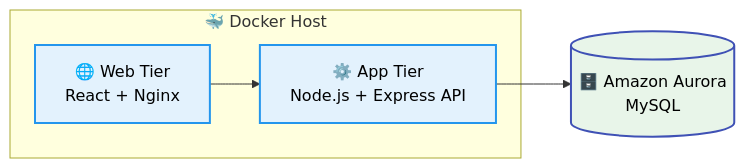
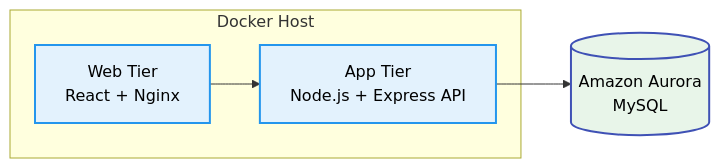
One commit to 15Vaibhavparte/3Tier-app-Capstone1 changed the first of 6 diagrams in README.md. Above: the diagram before and after it, drawn with Mermaid. The commit also changed other lines of this file, not shown here.

````diff
--- a/README.md
+++ b/README.md
@@ -477,18 +478,18 @@
 ```mermaid
 graph LR
 
-    subgraph DockerHost["🐳 Docker Host"]
-        Web["🌐 Web Tier<br/>React + Nginx"]
-        App["⚙️ App Tier<br/>Node.js + Express API"]
+    subgraph DockerHost[" Docker Host"]
+        Web[" Web Tier<br/>React + Nginx"]
+        App[" App Tier<br/>Node.js + Express API"]
 
         Web --> App
     end
 
-    App --> DB[(🗄️ Amazon Aurora<br/>MySQL)]
+    App --> DB[( Amazon Aurora<br/>MySQL)]
 
     classDef docker fill:#E3F2FD,stroke:#2496ED,stroke-width:2px,color:#000;
     classDef database fill:#E8F5E9,stroke:#3F51B5,stroke-width:2px,color:#000;
 
     class Web,App docker;
     class DB database;
 ```
````
